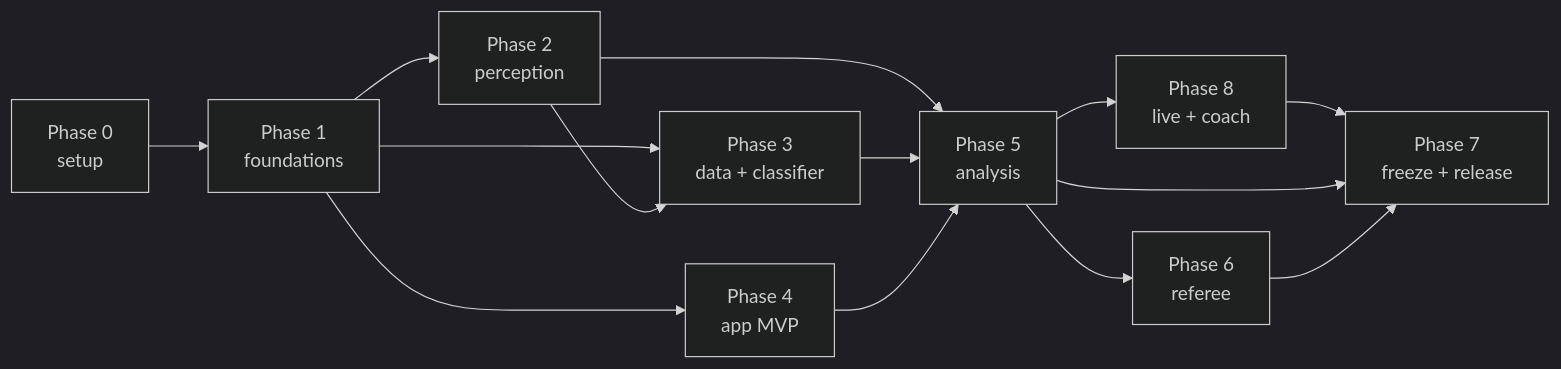
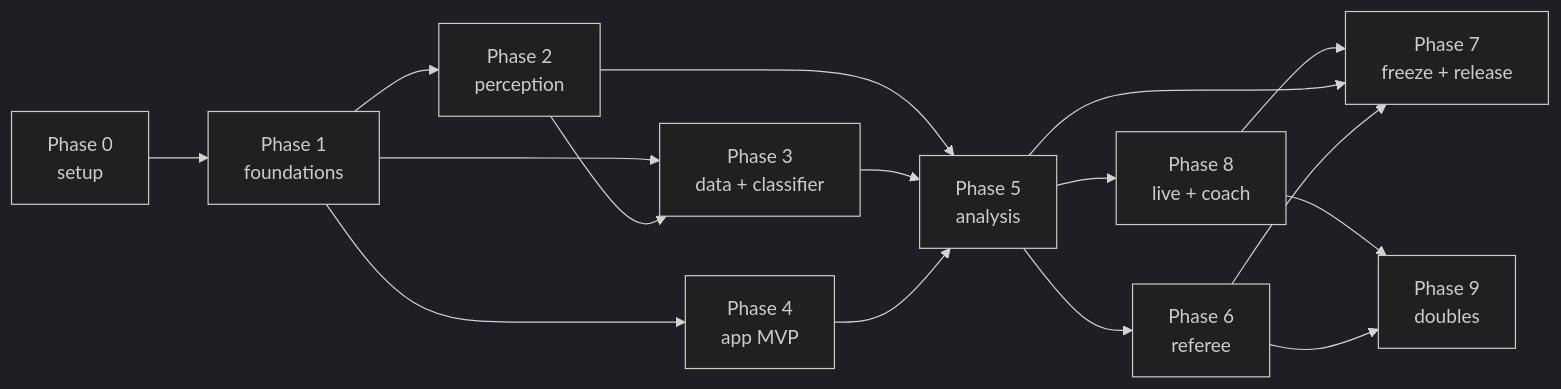
One commit to Mist10148/ShuttleSense changed the second of 3 diagrams in docs/PHASES.md. Above: the diagram before and after it, drawn with Mermaid (dark theme). The commit also changed other lines of this file and 5 other files, not shown here.

First line of the commit message:
docs: add Phase 9 doubles plan and record D22

````diff
--- a/docs/PHASES.md
+++ b/docs/PHASES.md
@@ -83,16 +86,18 @@
 ```mermaid
 flowchart LR
     P0[Phase 0<br/>setup] --> P1[Phase 1<br/>foundations]
     P1 --> P2[Phase 2<br/>perception]
     P1 --> P3[Phase 3<br/>data + classifier]
     P1 --> P4[Phase 4<br/>app MVP]
     P2 --> P3
     P2 --> P5[Phase 5<br/>analysis]
     P3 --> P5
     P4 --> P5
     P5 --> P6[Phase 6<br/>referee]
     P5 --> P8[Phase 8<br/>live + coach]
     P8 --> P7
     P5 --> P7[Phase 7<br/>freeze + release]
     P6 --> P7
+    P8 --> P9[Phase 9<br/>doubles]
+    P6 --> P9
 ```
````
